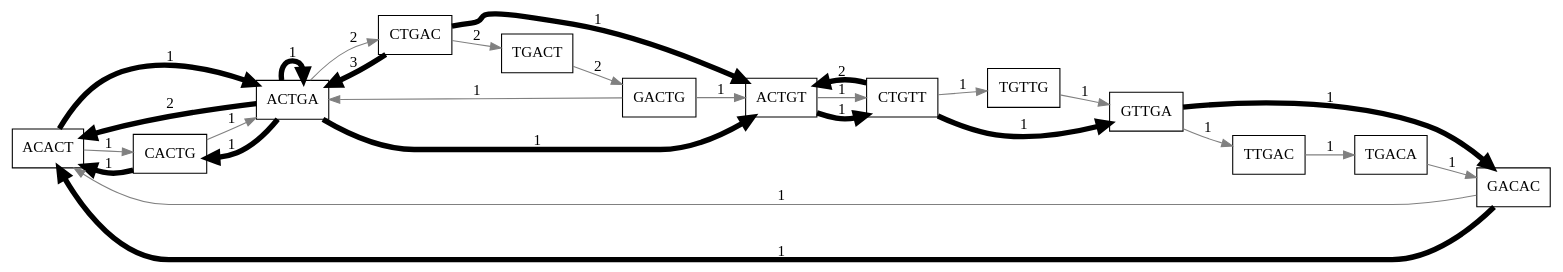
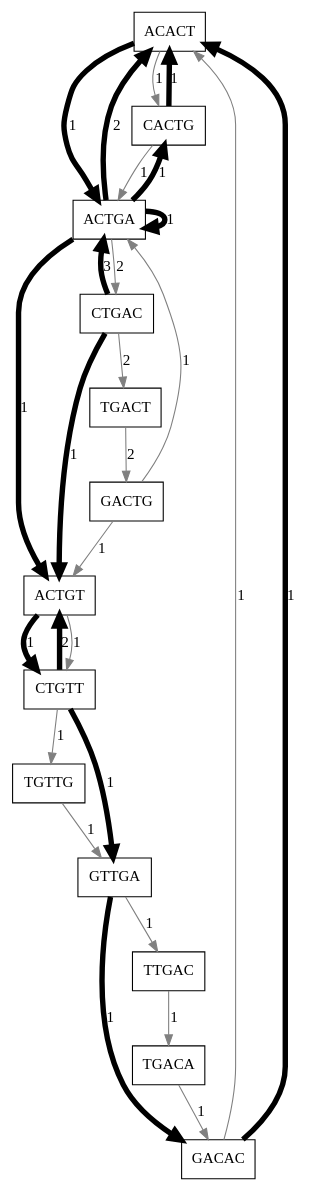
Before and after one commit to ablab/spades: the diagram in assembler/docs/abruijn/fig2.dot, drawn with Graphviz. The commit also changed 1 other file, not shown here.

```diff
--- a/assembler/docs/abruijn/fig2.dot
+++ b/assembler/docs/abruijn/fig2.dot
@@ -1,31 +1,31 @@
 ## genome=ACTGACTGTTGACACTG readsize=9 k=5
 ##dot -Tjpg ACTGACTGTTGACACTG.dot -o ACTGACTGTTGACACTG.jpg
-digraph ACTGACTGTTGACACTG { rankdir="LR"; node[shape="box"] 
+digraph ACTGACTGTTGACACTG { rankdir="TB"; node[shape="box"] 
 ACACT->CACTG[color=grey,label="1"]
 ACTGA->CTGAC[color=grey,label="2"]
 ACTGT->CTGTT[color=grey,label="1"]
 CACTG->ACTGA[color=grey,label="1"]
 CTGAC->TGACT[color=grey,label="2"]
 CTGTT->TGTTG[color=grey,label="1"]
 GACAC->ACACT[color=grey,label="1"]
 GACTG->ACTGA[color=grey,label="1"]
 GACTG->ACTGT[color=grey,label="1"]
 GTTGA->TTGAC[color=grey,label="1"]
 TGACA->GACAC[color=grey,label="1"]
 TGACT->GACTG[color=grey,label="2"]
 TGTTG->GTTGA[color=grey,label="1"]
 TTGAC->TGACA[color=grey,label="1"]
 ACACT->ACTGA[color=black,penwidth=5,label="1"]
 ACTGA->ACACT[color=black,penwidth=5,label="2"]
 ACTGA->ACTGA[color=black,penwidth=5,label="1"]
 ACTGA->ACTGT[color=black,penwidth=5,label="1"]
 ACTGA->CACTG[color=black,penwidth=5,label="1"]
 ACTGT->CTGTT[color=black,penwidth=5,label="1"]
 CACTG->ACACT[color=black,penwidth=5,label="1"]
 CTGAC->ACTGA[color=black,penwidth=5,label="3"]
 CTGAC->ACTGT[color=black,penwidth=5,label="1"]
 CTGTT->ACTGT[color=black,penwidth=5,label="2"]
 CTGTT->GTTGA[color=black,penwidth=5,label="1"]
 GACAC->ACACT[color=black,penwidth=5,label="1"]
 GTTGA->GACAC[color=black,penwidth=5,label="1"]
 }
```
